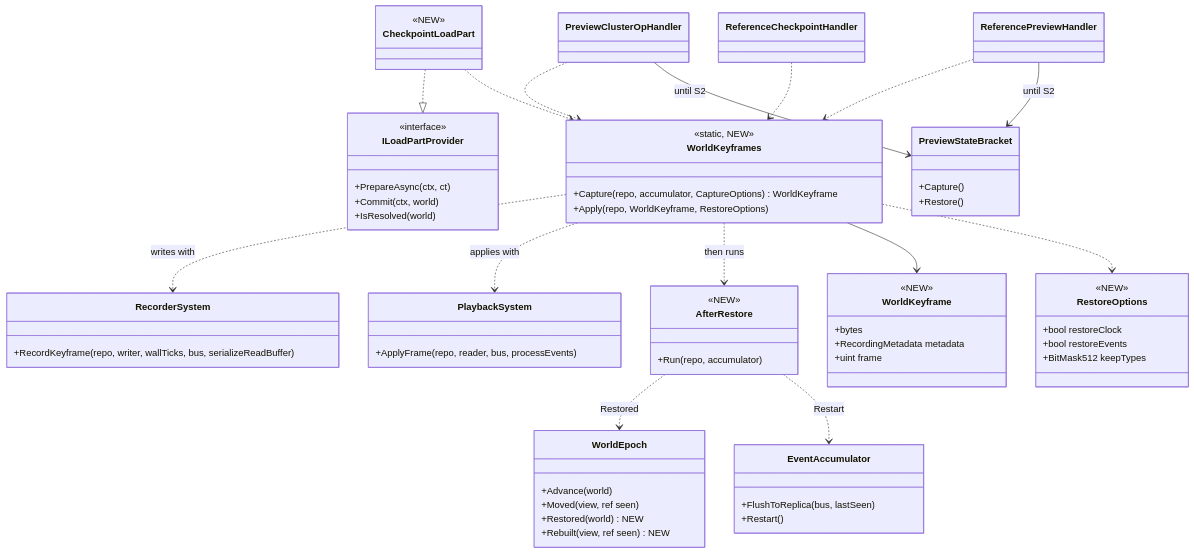
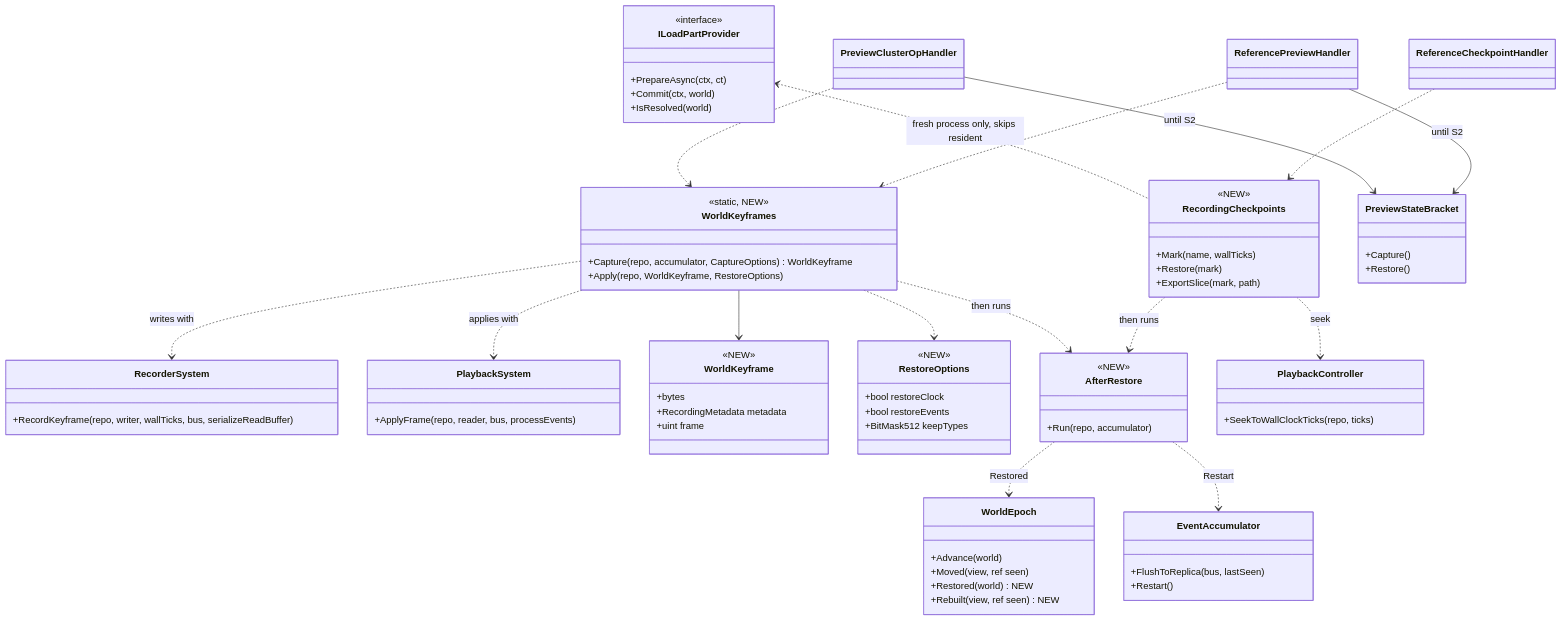
One commit to pjanec/HROT changed the second of 3 diagrams in docs/DESIGN_Checkpoint_And_Dry_Run_Restore.md. Above: the diagram before and after it, drawn with Mermaid. The commit also changed other lines of this file and 3 other files, not shown here.

First line of the commit message:
R-3042/R-3043: a checkpoint is a mark in the running recording; a restore is a seek that keeps what is loaded

````diff
--- a/docs/DESIGN_Checkpoint_And_Dry_Run_Restore.md
+++ b/docs/DESIGN_Checkpoint_And_Dry_Run_Restore.md
@@ -83,70 +86,77 @@
 ```mermaid
 classDiagram
   class RecorderSystem {
     +RecordKeyframe(repo, writer, wallTicks, bus, serializeReadBuffer)
   }
   class PlaybackSystem {
     +ApplyFrame(repo, reader, bus, processEvents)
   }
   class EventAccumulator {
     +FlushToReplica(bus, lastSeen)
     +Restart()
   }
   class WorldKeyframes {
     <<static, NEW>>
     +Capture(repo, accumulator, CaptureOptions) WorldKeyframe
     +Apply(repo, WorldKeyframe, RestoreOptions)
   }
   class WorldKeyframe {
     <<NEW>>
     +bytes
     +RecordingMetadata metadata
     +uint frame
   }
   class RestoreOptions {
     <<NEW>>
     +bool restoreClock
     +bool restoreEvents
     +BitMask512 keepTypes
   }
   class AfterRestore {
     <<NEW>>
     +Run(repo, accumulator)
   }
-  class CheckpointLoadPart {
+  class RecordingCheckpoints {
     <<NEW>>
+    +Mark(name, wallTicks)
+    +Restore(mark)
+    +ExportSlice(mark, path)
+  }
+  class PlaybackController {
+    +SeekToWallClockTicks(repo, ticks)
   }
   class ILoadPartProvider {
     <<interface>>
     +PrepareAsync(ctx, ct)
     +Commit(ctx, world)
     +IsResolved(world)
   }
   class PreviewClusterOpHandler
   class ReferencePreviewHandler
   class ReferenceCheckpointHandler
   class PreviewStateBracket {
     +Capture()
     +Restore()
   }
   class WorldEpoch {
     +Advance(world)
     +Moved(view, ref seen)
     +Restored(world) NEW
     +Rebuilt(view, ref seen) NEW
   }
   WorldKeyframes ..> RecorderSystem : writes with
   WorldKeyframes ..> PlaybackSystem : applies with
   WorldKeyframes ..> AfterRestore : then runs
   WorldKeyframes --> WorldKeyframe
   WorldKeyframes ..> RestoreOptions
   AfterRestore ..> WorldEpoch : Restored
   AfterRestore ..> EventAccumulator : Restart
-  CheckpointLoadPart ..|> ILoadPartProvider
-  CheckpointLoadPart ..> WorldKeyframes
+  RecordingCheckpoints ..> PlaybackController : seek
+  RecordingCheckpoints ..> AfterRestore : then runs
+  ILoadPartProvider <.. RecordingCheckpoints : fresh process only, skips resident
   PreviewClusterOpHandler ..> WorldKeyframes
   ReferencePreviewHandler ..> WorldKeyframes
-  ReferenceCheckpointHandler ..> WorldKeyframes
+  ReferenceCheckpointHandler ..> RecordingCheckpoints
   PreviewClusterOpHandler --> PreviewStateBracket : until S2
   ReferencePreviewHandler --> PreviewStateBracket : until S2
 ```
````
